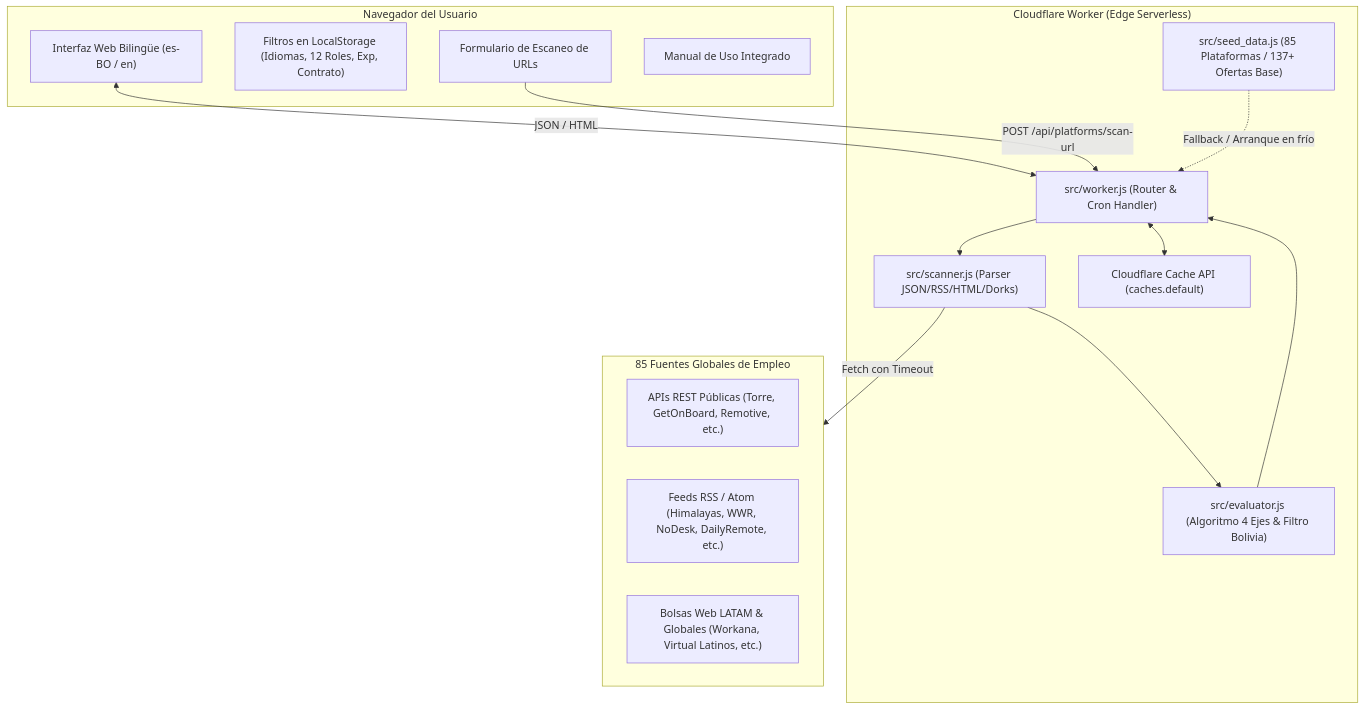
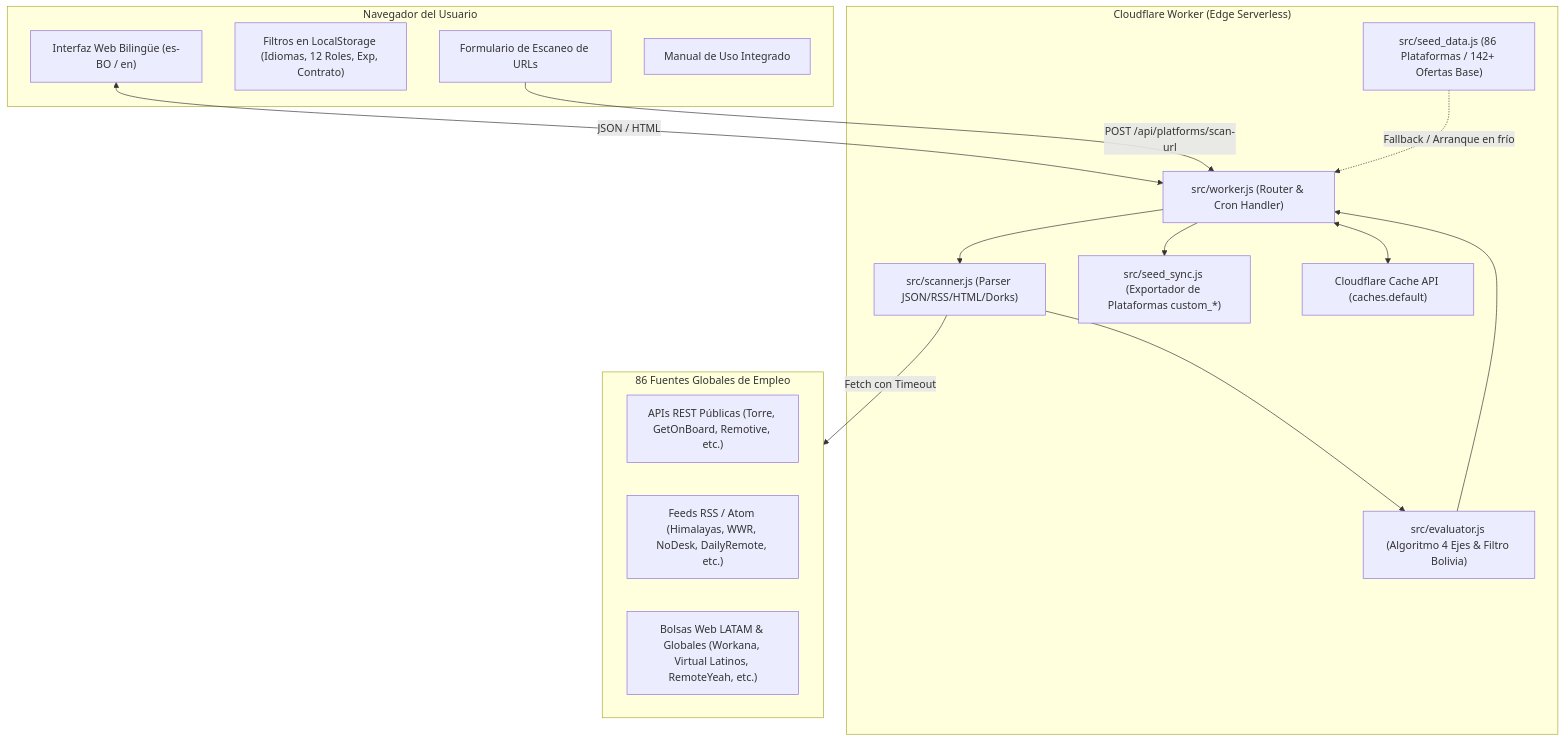
Before and after one commit to t0m-a/scout-analyst-pipeline: the second of 2 diagrams in README.md, drawn with Mermaid. The commit also changed other lines of this file and 3 other files, not shown here.

````diff
--- a/README.md
+++ b/README.md
@@ -207,32 +210,34 @@
 ```mermaid
 flowchart TD
     subgraph Cliente ["Navegador del Usuario"]
         UI["Interfaz Web Bilingüe (es-BO / en)"]
         Filters["Filtros en LocalStorage (Idiomas, 12 Roles, Exp, Contrato)"]
         URLScan["Formulario de Escaneo de URLs"]
         ManualTab["Manual de Uso Integrado"]
     end
 
     subgraph CFWorker ["Cloudflare Worker (Edge Serverless)"]
         WorkerEntry["src/worker.js (Router & Cron Handler)"]
         ScannerEng["src/scanner.js (Parser JSON/RSS/HTML/Dorks)"]
         EvaluatorEng["src/evaluator.js (Algoritmo 4 Ejes & Filtro Bolivia)"]
-        SeedData["src/seed_data.js (85 Plataformas / 137+ Ofertas Base)"]
+        SeedData["src/seed_data.js (86 Plataformas / 142+ Ofertas Base)"]
+        SeedSync["src/seed_sync.js (Exportador de Plataformas custom_*)"]
         EdgeCache["Cloudflare Cache API (caches.default)"]
     end
 
-    subgraph Fuentes ["85 Fuentes Globales de Empleo"]
+    subgraph Fuentes ["86 Fuentes Globales de Empleo"]
         APIs["APIs REST Públicas (Torre, GetOnBoard, Remotive, etc.)"]
         RSS["Feeds RSS / Atom (Himalayas, WWR, NoDesk, DailyRemote, etc.)"]
-        HTMLPages["Bolsas Web LATAM & Globales (Workana, Virtual Latinos, etc.)"]
+        HTMLPages["Bolsas Web LATAM & Globales (Workana, Virtual Latinos, RemoteYeah, etc.)"]
     end
 
     UI <-->|JSON / HTML| WorkerEntry
     URLScan -->|POST /api/platforms/scan-url| WorkerEntry
     WorkerEntry --> ScannerEng
     ScannerEng -->|Fetch con Timeout| Fuentes
     ScannerEng --> EvaluatorEng
     EvaluatorEng --> WorkerEntry
     WorkerEntry <--> EdgeCache
+    WorkerEntry --> SeedSync
     SeedData -.->|Fallback / Arranque en frío| WorkerEntry
 ```
````
